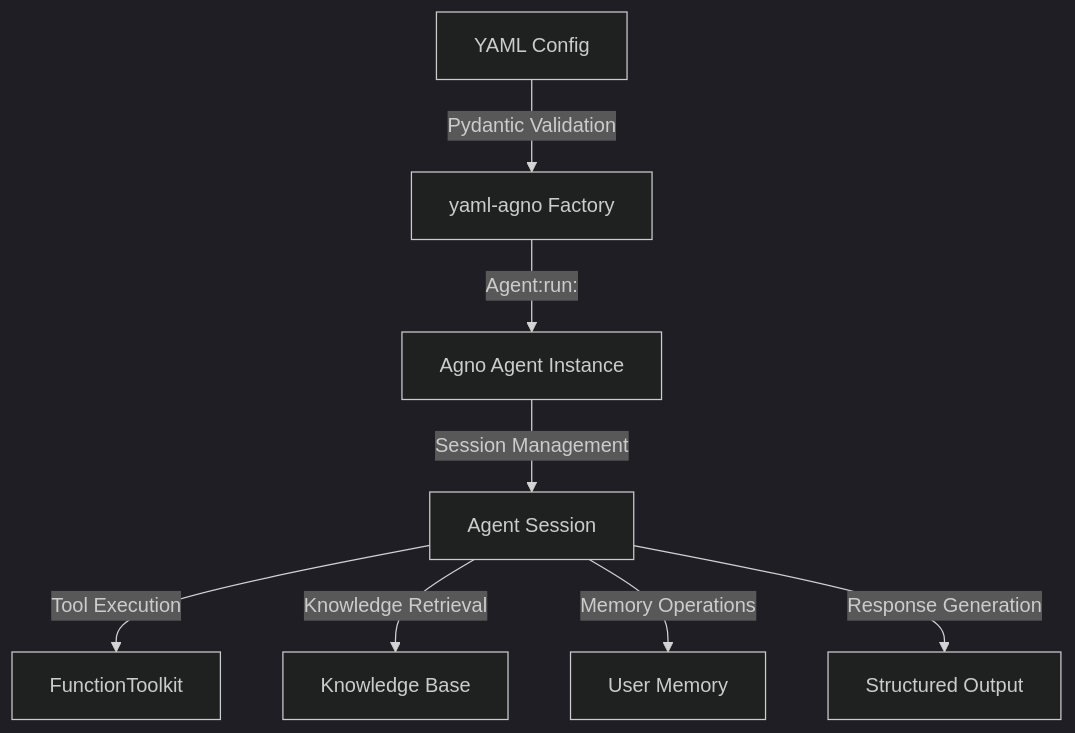
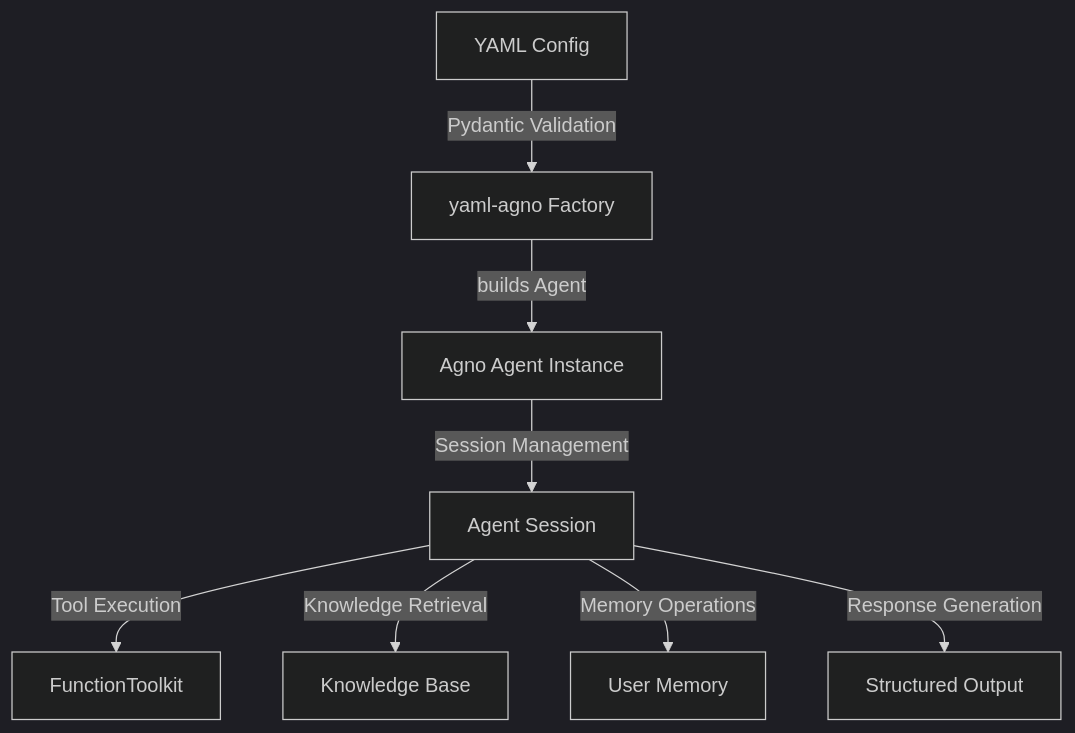
The first of 3 diagrams in specs/SPEC_01_AGNO_RUNTIME_ARCHITECTURE.md (CENFARG/yaml-agno), drawn with Mermaid (dark theme) before and after one commit. The commit also changed other lines of this file and 11 other files, not shown here.

First line of the commit message:
spec(Wave6): hygiene - mermaid labels, docstrings, RESOLVED markers, real model id, telemetry note

````diff
--- a/specs/SPEC_01_AGNO_RUNTIME_ARCHITECTURE.md
+++ b/specs/SPEC_01_AGNO_RUNTIME_ARCHITECTURE.md
@@ -30,10 +30,10 @@
 ```mermaid
 graph TD
     CFG["YAML Config"] --> |Pydantic Validation| YAF["yaml-agno Factory"]
-    YAF --> |Agent:run:| AGI["Agno Agent Instance"]
+    YAF --> |builds Agent| AGI["Agno Agent Instance"]
     AGI --> |Session Management| SESS["Agent Session"]
     SESS --> |Tool Execution| FT["FunctionToolkit"]
     SESS --> |Knowledge Retrieval| KB["Knowledge Base"]
     SESS --> |Memory Operations| UM["User Memory"]
     SESS --> |Response Generation| SO["Structured Output"]
 ```
````
